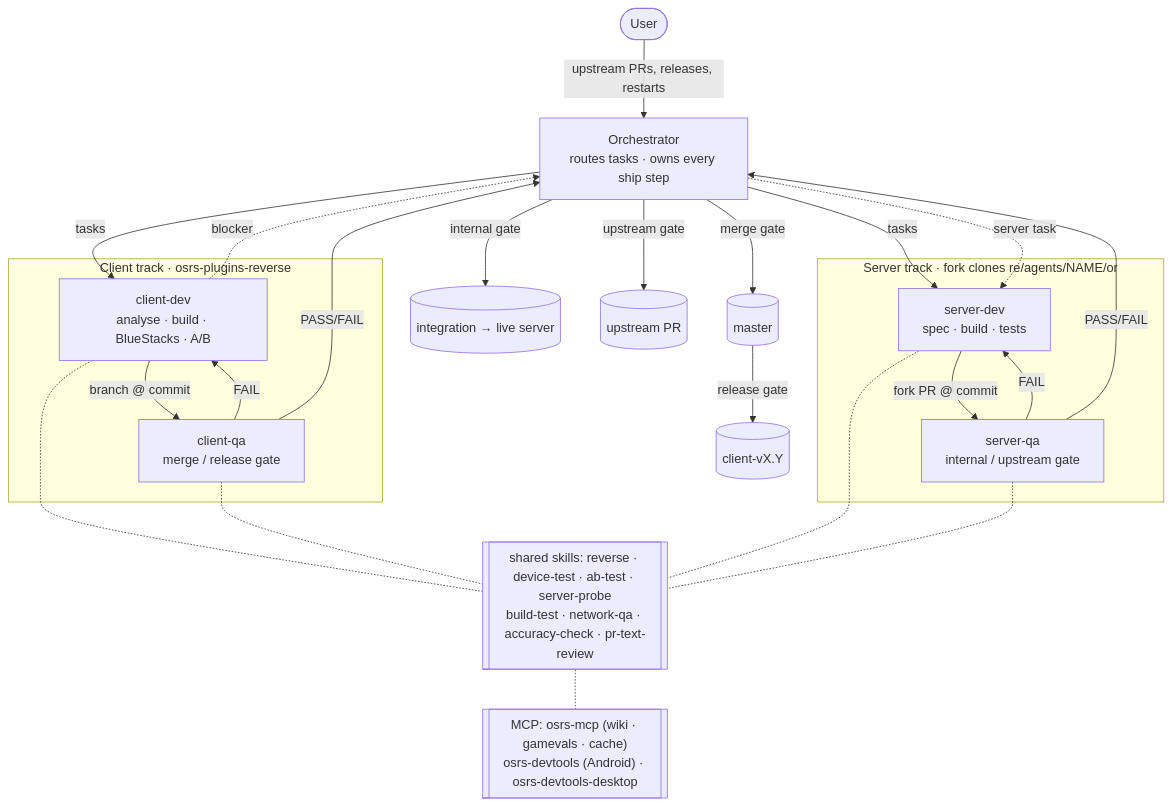
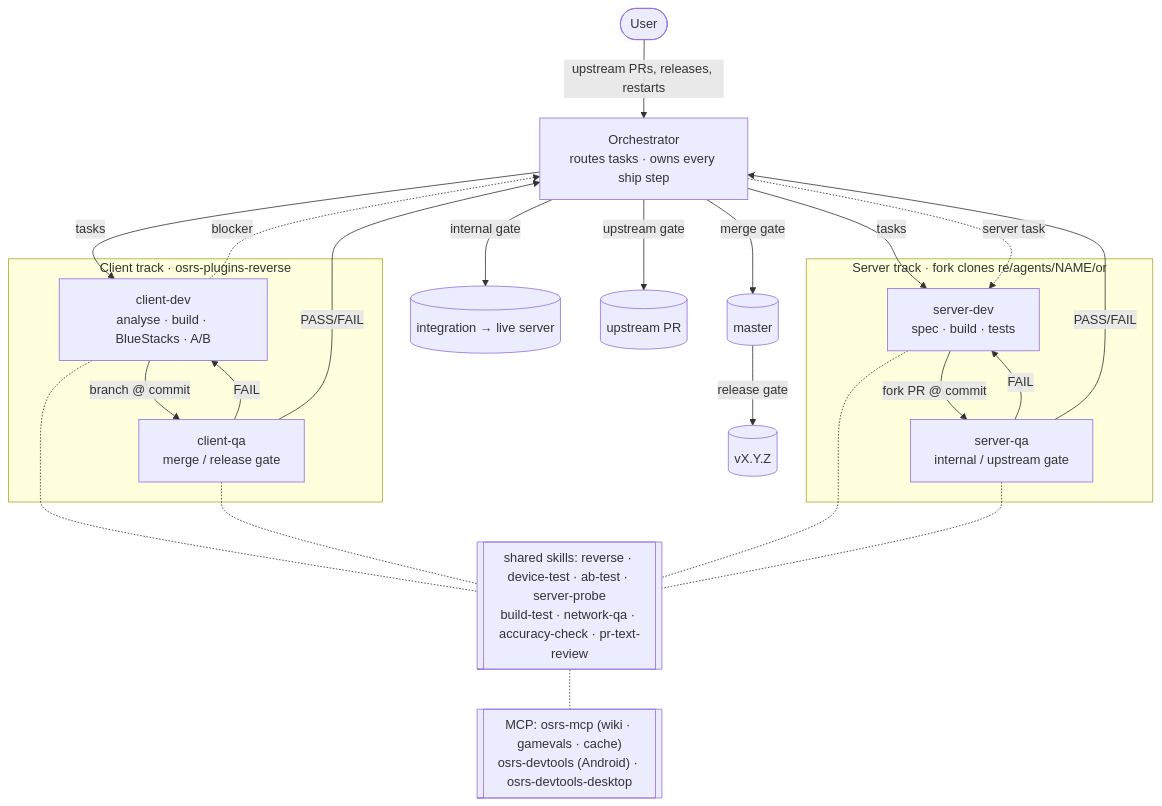
One commit to AlexPerrin/osrs-plugins-reverse changed the diagram in docs/workflow.md. Above: the diagram before and after it, drawn with Mermaid. The commit also changed other lines of this file and 1 other file, not shown here.

Commit message:
Release gate: semver tags (vX.Y.Z, pre-releases vX.Y.Z-dev) in the hook and workflow

````diff
--- a/docs/workflow.md
+++ b/docs/workflow.md
@@ -227,28 +227,28 @@
 ```mermaid
 flowchart TB
   user([User]) -- "upstream PRs, releases, restarts" --> orch
   orch["Orchestrator<br/>routes tasks · owns every ship step"]
 
   subgraph client["Client track · osrs-plugins-reverse"]
     cdev["client-dev<br/>analyse · build · BlueStacks · A/B"] -- "branch @ commit" --> cqa["client-qa<br/>merge / release gate"]
     cqa -- "FAIL" --> cdev
   end
 
   subgraph server["Server track · fork clones re/agents/NAME/or"]
     sdev["server-dev<br/>spec · build · tests"] -- "fork PR @ commit" --> sqa["server-qa<br/>internal / upstream gate"]
     sqa -- "FAIL" --> sdev
   end
 
   orch -- "tasks" --> cdev & sdev
   cqa & sqa -- "PASS/FAIL" --> orch
   cdev -. "blocker" .-> orch -. "server task" .-> sdev
 
-  orch -- "merge gate" --> master[(master)] -- "release gate" --> release[(client-vX.Y)]
+  orch -- "merge gate" --> master[(master)] -- "release gate" --> release[(vX.Y.Z)]
   orch -- "internal gate" --> integ[(integration → live server)]
   orch -- "upstream gate" --> upstream[(upstream PR)]
 
   skills[["shared skills: reverse · device-test · ab-test · server-probe<br/>build-test · network-qa · accuracy-check · pr-text-review"]]
   mcp[["MCP: osrs-mcp (wiki · gamevals · cache)<br/>osrs-devtools (Android) · osrs-devtools-desktop"]]
   cdev & cqa & sdev & sqa -.- skills
   skills -.- mcp
 ```
````
